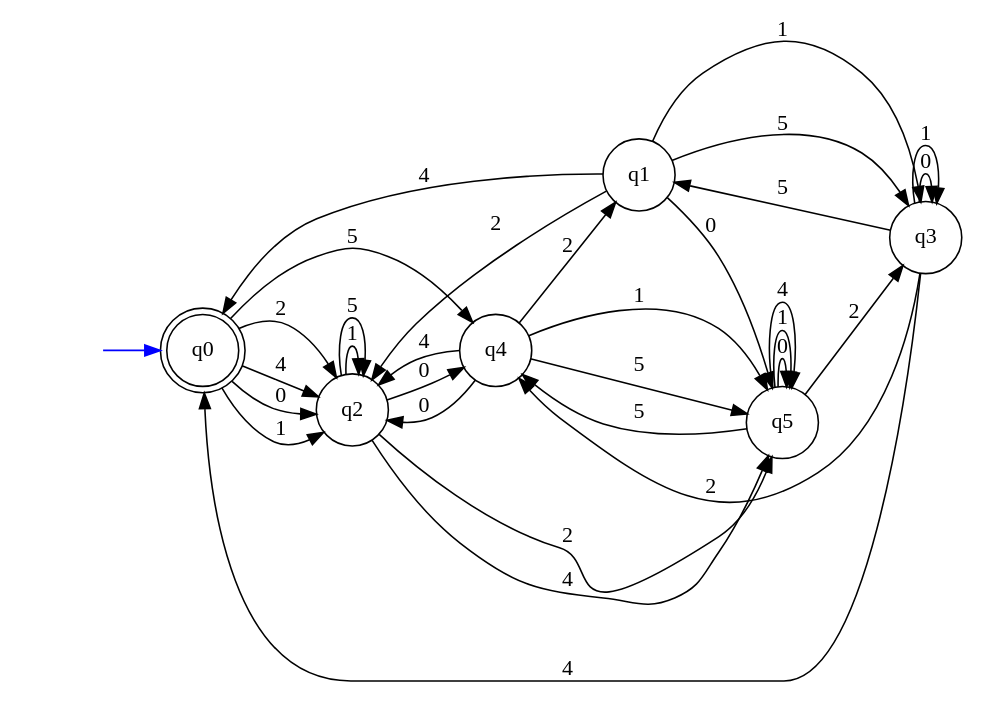
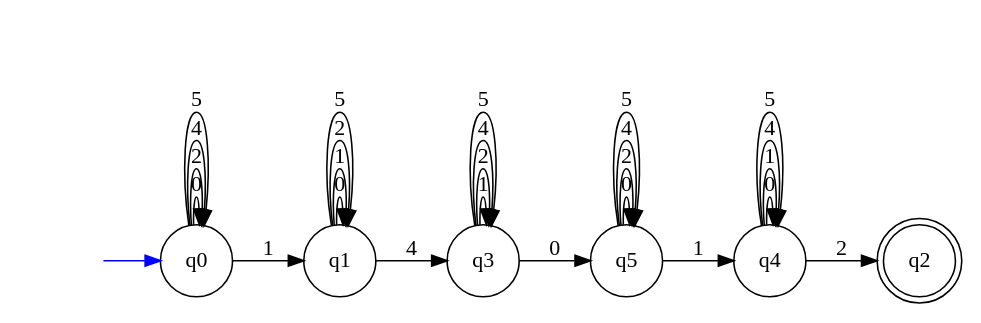
One commit to adiojha629/JIRP_LRM changed the diagram in JIRP_code/src/automata_learning_utils/data/hypothesis.dot. Above: the diagram before and after it, drawn with Graphviz. The commit also changed 188 other files, not shown here.

```diff
--- a/JIRP_code/src/automata_learning_utils/data/hypothesis.dot
+++ b/JIRP_code/src/automata_learning_utils/data/hypothesis.dot
@@ -1,40 +1,35 @@
 digraph finite_automaton {
 	graph[fontsize=8];
 	rankdir=LR;
 	size=8;
 
-	node [shape=doublecircle, style="", color=black]; q0;
-	node [shape=circle, style="", color=black]; q1 q2 q3 q4 q5;
+	node [shape=doublecircle, style="", color=black]; q2;
+	node [shape=circle, style="", color=black]; q0 q1 q3 q4 q5;
 	node [shape=plaintext, label="", style=""]; iq0;
 	iq0 -> q0 [color=blue];
-	q0 -> q2 [label="0"];
-	q0 -> q2 [label="1"];
-	q0 -> q2 [label="2"];
-	q0 -> q2 [label="4"];
-	q0 -> q4 [label="5"];
-	q1 -> q5 [label="0"];
-	q1 -> q3 [label="1"];
-	q1 -> q2 [label="2"];
-	q1 -> q0 [label="4"];
-	q1 -> q3 [label="5"];
-	q2 -> q4 [label="0"];
-	q2 -> q2 [label="1"];
-	q2 -> q5 [label="2"];
-	q2 -> q5 [label="4"];
-	q2 -> q2 [label="5"];
-	q3 -> q3 [label="0"];
+	q0 -> q0 [label="0"];
+	q0 -> q1 [label="1"];
+	q0 -> q0 [label="2"];
+	q0 -> q0 [label="4"];
+	q0 -> q0 [label="5"];
+	q1 -> q1 [label="0"];
+	q1 -> q1 [label="1"];
+	q1 -> q1 [label="2"];
+	q1 -> q3 [label="4"];
+	q1 -> q1 [label="5"];
+	q3 -> q5 [label="0"];
 	q3 -> q3 [label="1"];
-	q3 -> q4 [label="2"];
-	q3 -> q0 [label="4"];
-	q3 -> q1 [label="5"];
-	q4 -> q2 [label="0"];
-	q4 -> q5 [label="1"];
-	q4 -> q1 [label="2"];
-	q4 -> q2 [label="4"];
-	q4 -> q5 [label="5"];
+	q3 -> q3 [label="2"];
+	q3 -> q3 [label="4"];
+	q3 -> q3 [label="5"];
+	q4 -> q4 [label="0"];
+	q4 -> q4 [label="1"];
+	q4 -> q2 [label="2"];
+	q4 -> q4 [label="4"];
+	q4 -> q4 [label="5"];
 	q5 -> q5 [label="0"];
-	q5 -> q5 [label="1"];
-	q5 -> q3 [label="2"];
+	q5 -> q4 [label="1"];
+	q5 -> q5 [label="2"];
 	q5 -> q5 [label="4"];
-	q5 -> q4 [label="5"];
+	q5 -> q5 [label="5"];
 }
```
